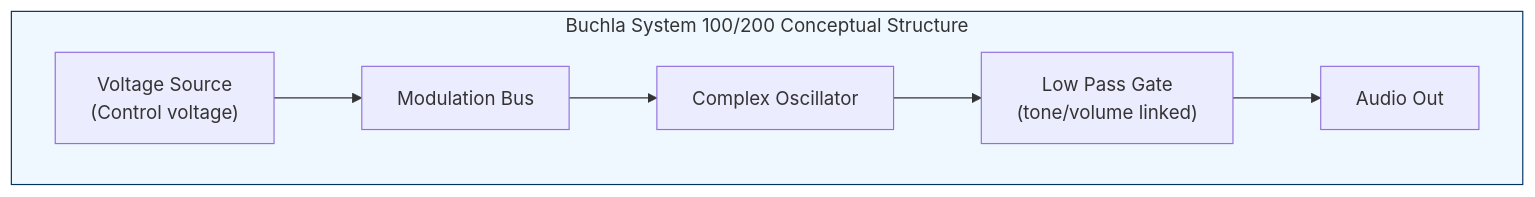
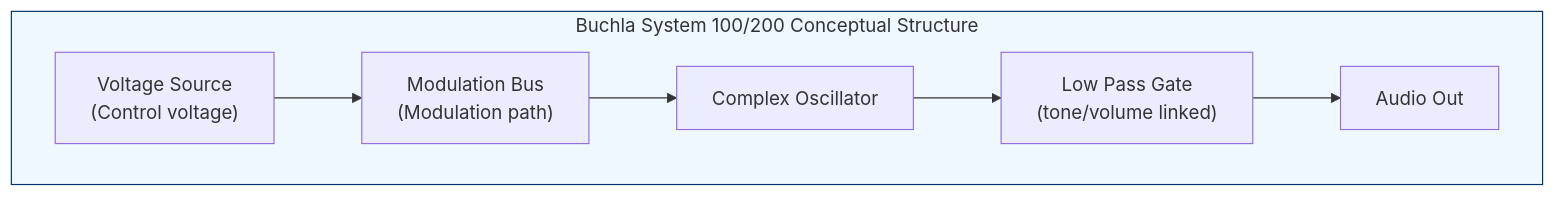
One commit to monumental-movement/monumental-movement.github.io changed the first of 2 diagrams in en/_posts/2025-10-25-column-buchla-serge.md. Above: the diagram before and after it, drawn with Mermaid. The commit also changed other lines of this file and 321 other files, not shown here.

```diff
--- a/en/_posts/2025-10-25-column-buchla-serge.md
+++ b/en/_posts/2025-10-25-column-buchla-serge.md
@@ -65,13 +67,13 @@
 <div class="mermaid">
 
 flowchart LR
   subgraph Buchla_System["Buchla System 100/200 Conceptual Structure"]
     direction LR
-    CV["Voltage Source<br>(Control voltage)"] --> MOD["Modulation Bus<br>"]
+    CV["Voltage Source<br>(Control voltage)"] --> MOD["Modulation Bus<br>(Modulation path)"]
     MOD --> OSC["Complex Oscillator<br>"]
     OSC --> LPG["Low Pass Gate<br>(tone/volume linked)"]
     LPG --> OUT["Audio Out"]
   end
   style Buchla_System fill:#f0f8ff,stroke:#003366,stroke-width:1px;
 
 </div>
```
